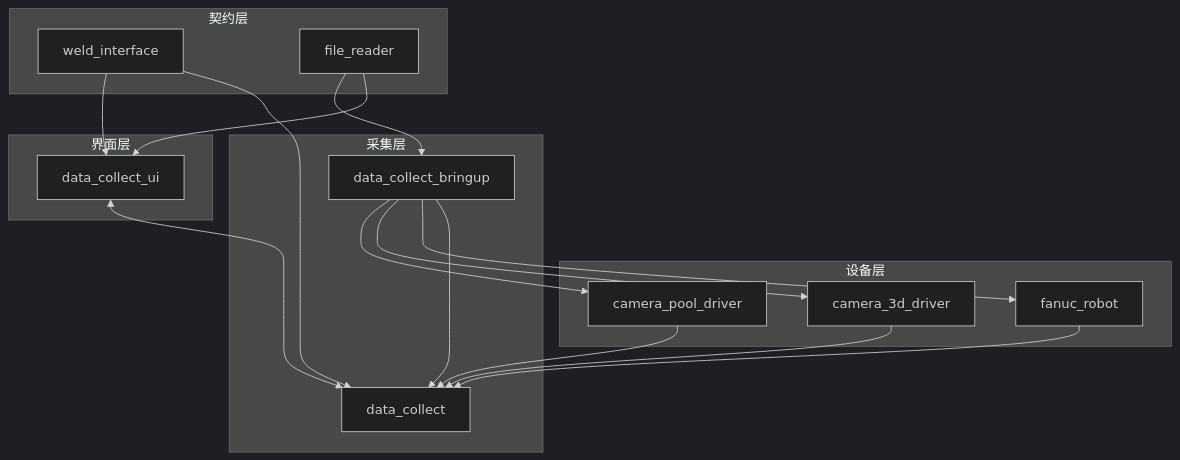
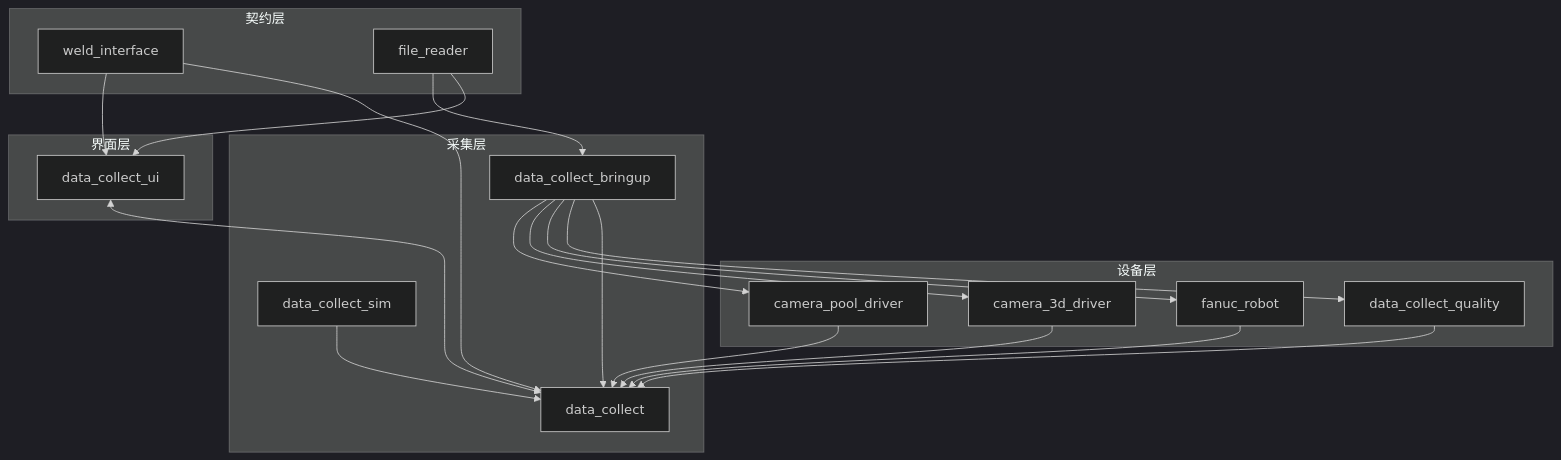
Before and after one commit to MzKyle/Robot-Sim: the diagram in docs/architecture/README.md, drawn with Mermaid (dark theme). The commit also changed other lines of this file and 38 other files, not shown here.

````diff
--- a/docs/architecture/README.md
+++ b/docs/architecture/README.md
@@ -9,35 +9,40 @@
 ```mermaid
 flowchart TB
     subgraph Layer1[设备层]
         C2D[camera_pool_driver]
         C3D[camera_3d_driver]
         FANUC[fanuc_robot]
+        QUALITY[data_collect_quality]
     end
 
     subgraph Layer2[采集层]
         COLLECT[data_collect]
         BRINGUP[data_collect_bringup]
+        SIM[data_collect_sim]
     end
 
     subgraph Layer3[界面层]
         UI[data_collect_ui]
     end
 
     subgraph Layer4[契约层]
         IFACE[weld_interface]
         FILE[file_reader]
     end
 
     BRINGUP --> C2D
     BRINGUP --> C3D
     BRINGUP --> FANUC
+    BRINGUP --> QUALITY
     BRINGUP --> COLLECT
+    SIM --> COLLECT
     IFACE --> UI
     IFACE --> COLLECT
     FILE --> BRINGUP
     FILE --> UI
     C2D --> COLLECT
     C3D --> COLLECT
     FANUC --> COLLECT
+    QUALITY --> COLLECT
     UI <--> COLLECT
 ```
````
